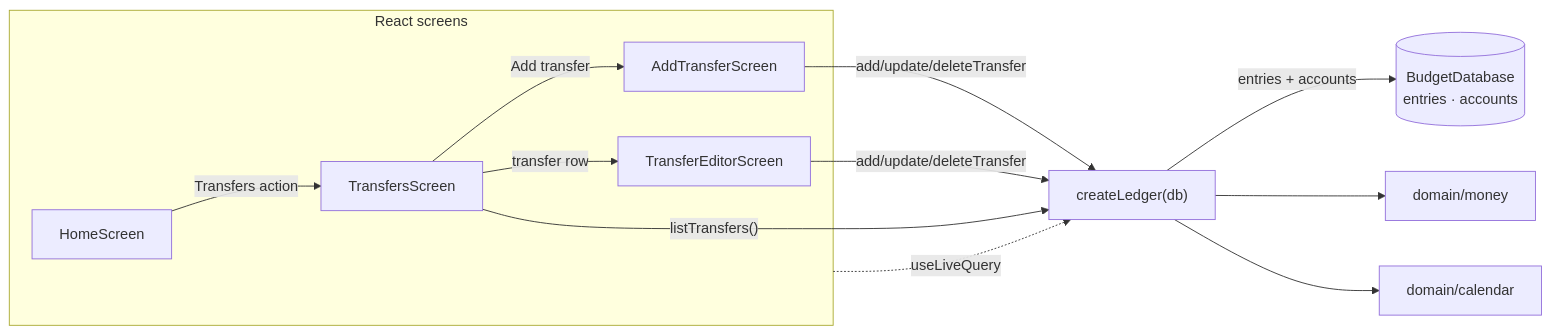
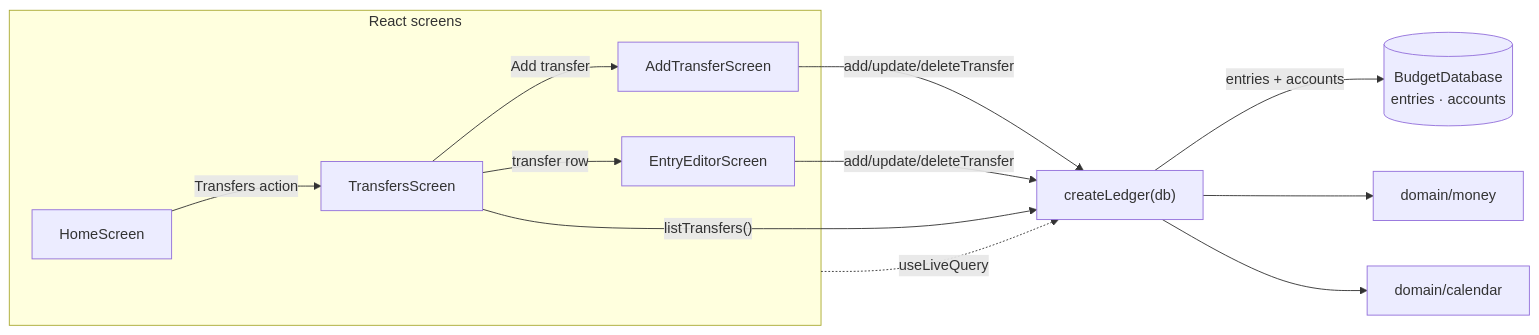
The diagram in docs/architecture/slices/slice-08-architecture.md (jj-kouakou/budget), drawn with Mermaid before and after one commit. The commit also changed other lines of this file and 41 other files, not shown here.

First line of the commit message:
architecture: one entry write path, one editor, one route scheme

````diff
--- a/docs/architecture/slices/slice-08-architecture.md
+++ b/docs/architecture/slices/slice-08-architecture.md
@@ -176,18 +176,18 @@
 ```mermaid
 flowchart LR
   subgraph UI["React screens"]
     Home["HomeScreen"]
     Transfers["TransfersScreen"]
     AddTransfer["AddTransferScreen"]
-    EditTransfer["TransferEditorScreen"]
+    EditTransfer["EntryEditorScreen"]
   end
   Home -->|"Transfers action"| Transfers
   Transfers -->|"Add transfer"| AddTransfer
   Transfers -->|"transfer row"| EditTransfer
   AddTransfer & EditTransfer -->|"add/update/deleteTransfer"| L["createLedger(db)"]
   Transfers -->|"listTransfers()"| L
   L -->|"entries + accounts"| DB[("BudgetDatabase\nentries · accounts")]
   L --> Money["domain/money"]
   L --> Calendar["domain/calendar"]
   UI -. "useLiveQuery" .-> L
 ```
````
